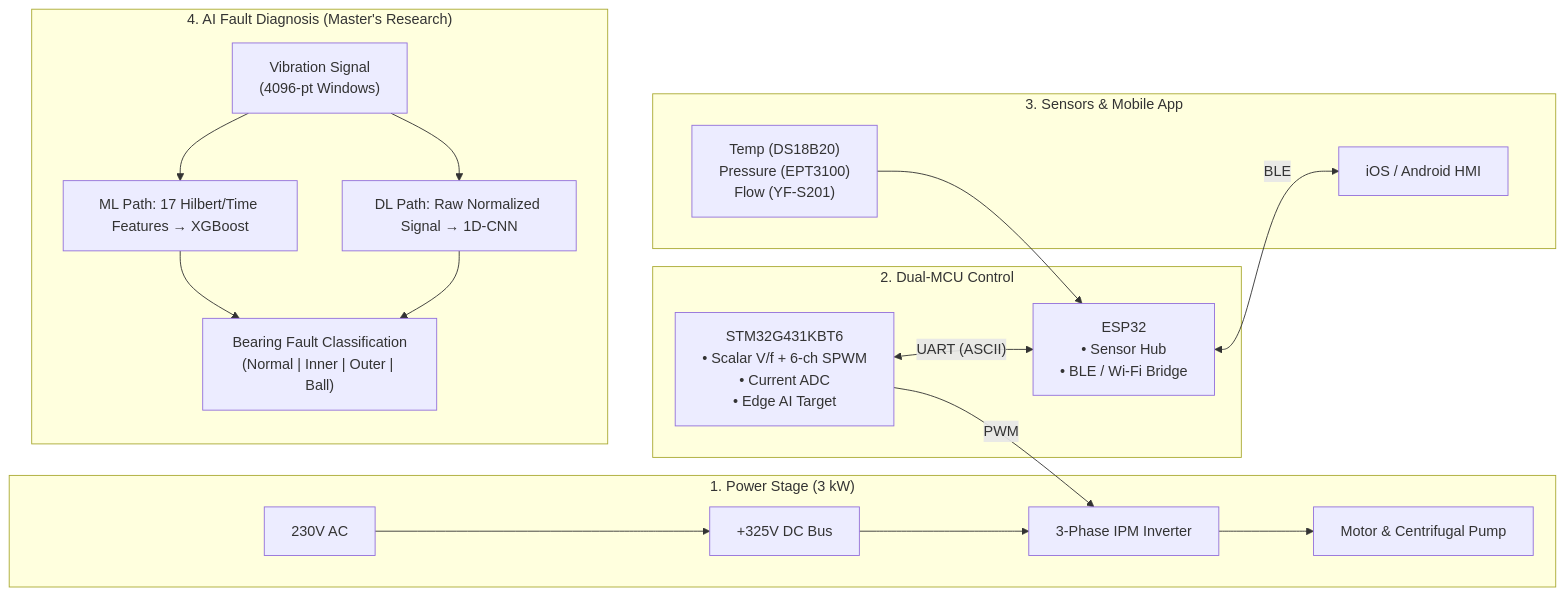
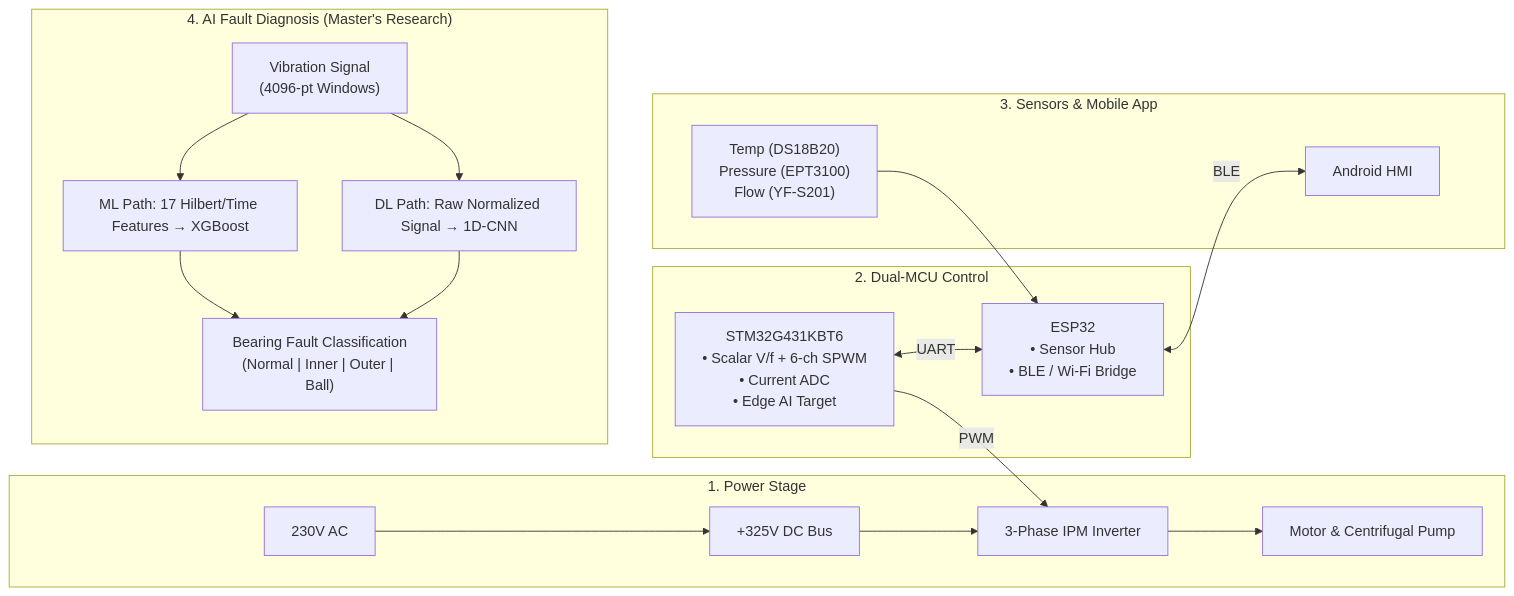
Before and after one commit to yassinkun333/smart-vfd-AI-fault-detection: the diagram in README.md, drawn with Mermaid.

Commit message:
Fix formatting issues in README.md

````diff
--- a/README.md
+++ b/README.md
@@ -15,24 +15,24 @@
 ```mermaid
 flowchart LR
-    subgraph Power["1. Power Stage (3 kW)"]
+    subgraph Power["1. Power Stage "]
         AC["230V AC"] --> DC["+325V DC Bus"] --> IPM["3-Phase IPM Inverter"] --> Pump["Motor & Centrifugal Pump"]
     end
 
     subgraph MCU["2. Dual-MCU Control"]
         STM["STM32G431KBT6<br/>• Scalar V/f + 6-ch SPWM<br/>• Current ADC<br/>• Edge AI Target"]
         ESP["ESP32<br/>• Sensor Hub<br/>• BLE / Wi-Fi Bridge"]
-        STM <-->|"UART (ASCII)"| ESP
+        STM <-->|"UART"| ESP
         STM -->|"PWM"| IPM
     end
 
     subgraph HMI["3. Sensors & Mobile App"]
         Sensors["Temp (DS18B20)<br/>Pressure (EPT3100)<br/>Flow (YF-S201)"] --> ESP
-        ESP <-->|"BLE"| App["iOS / Android HMI"]
+        ESP <-->|"BLE"| App["Android HMI"]
     end
 
     subgraph AI["4. AI Fault Diagnosis (Master's Research)"]
         Vib["Vibration Signal<br/>(4096-pt Windows)"] --> Path1["ML Path: 17 Hilbert/Time Features → XGBoost"]
         Vib --> Path2["DL Path: Raw Normalized Signal → 1D-CNN"]
         Path1 & Path2 --> Result["Bearing Fault Classification<br/>(Normal | Inner | Outer | Ball)"]
     end
 ```
````
